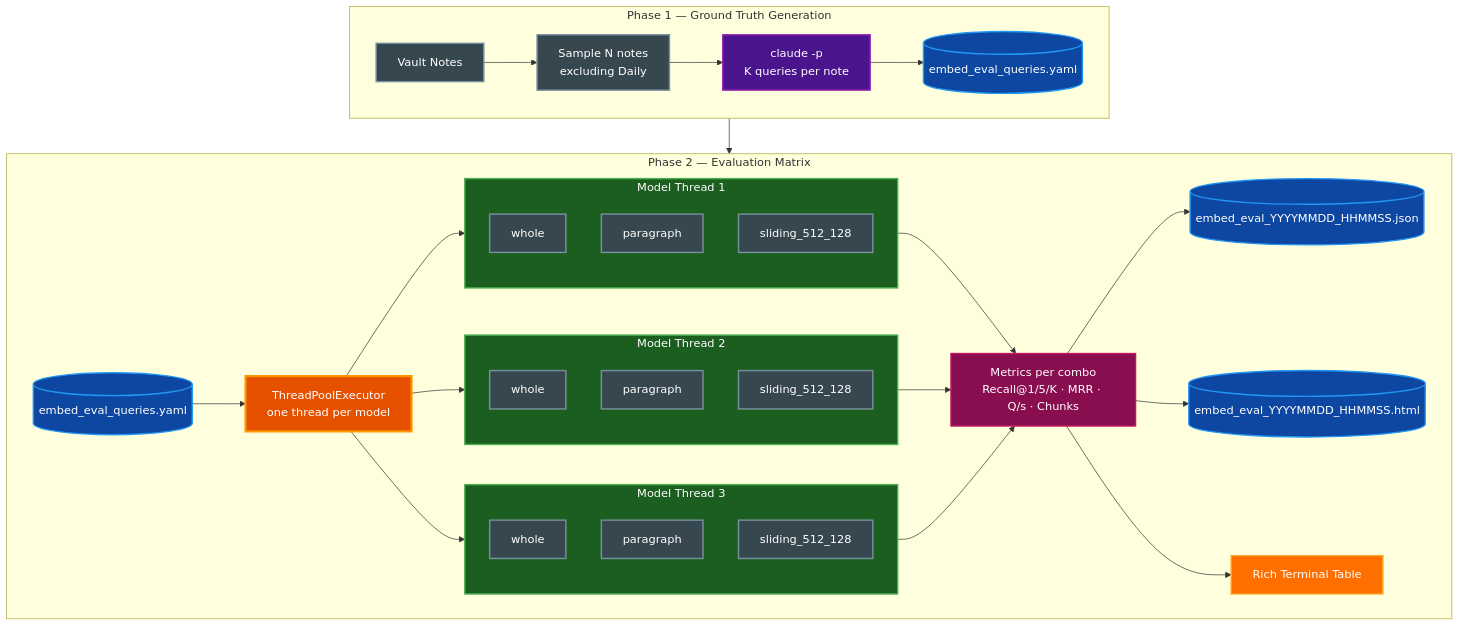
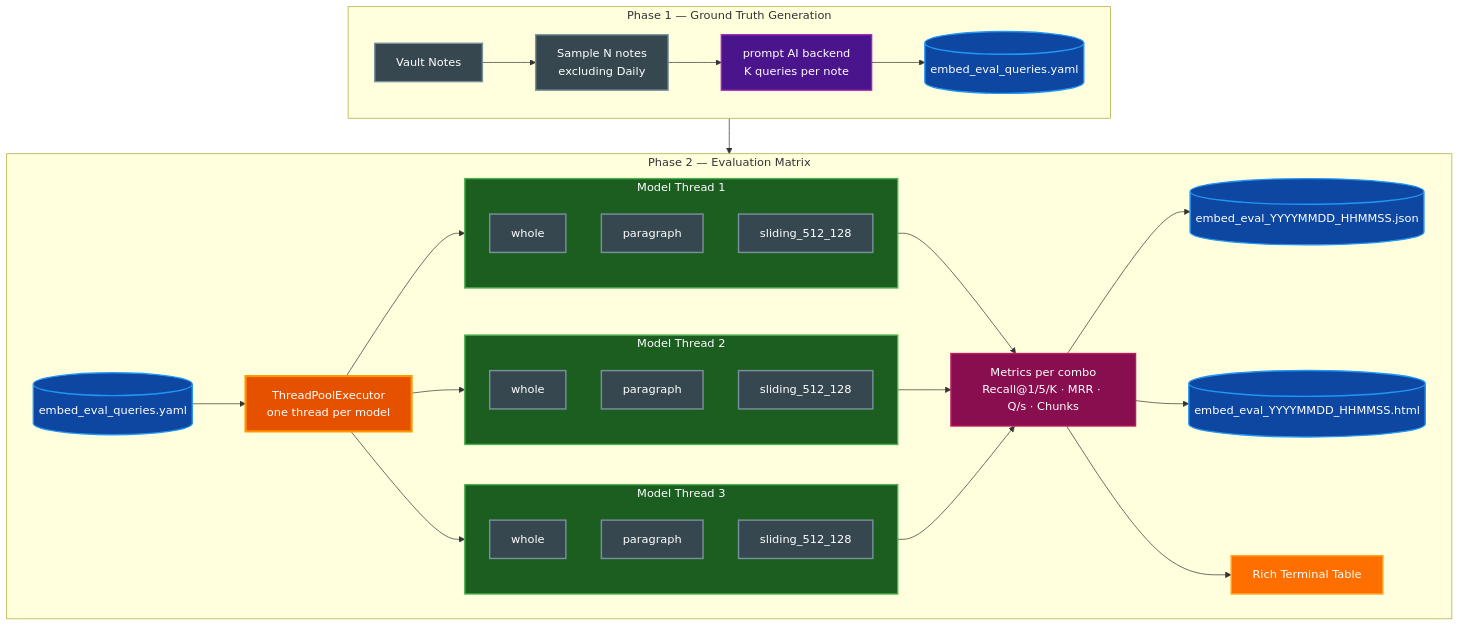
One commit to paulrobello/parsidion changed the first of 2 diagrams in docs/EMBEDDINGS_EVAL.md. Above: the diagram before and after it, drawn with Mermaid. The commit also changed other lines of this file and 11 other files, not shown here.

````diff
--- a/docs/EMBEDDINGS_EVAL.md
+++ b/docs/EMBEDDINGS_EVAL.md
@@ -70,73 +82,73 @@
 ```mermaid
 flowchart TD
     subgraph Phase1["Phase 1 — Ground Truth Generation"]
         VN[Vault Notes]
         SAMPLE[Sample N notes\nexcluding Daily]
-        CLAUDE[claude -p\nK queries per note]
+        CLAUDE[prompt AI backend\nK queries per note]
         YAML[(embed_eval_queries.yaml)]
 
         VN --> SAMPLE
         SAMPLE --> CLAUDE
         CLAUDE --> YAML
     end
 
     subgraph Phase2["Phase 2 — Evaluation Matrix"]
         YAML2[(embed_eval_queries.yaml)]
         TPE[ThreadPoolExecutor\none thread per model]
 
         subgraph M1["Model Thread 1"]
             M1W[whole]
             M1P[paragraph]
             M1S[sliding_512_128]
         end
 
         subgraph M2["Model Thread 2"]
             M2W[whole]
             M2P[paragraph]
             M2S[sliding_512_128]
         end
 
         subgraph M3["Model Thread 3"]
             M3W[whole]
             M3P[paragraph]
             M3S[sliding_512_128]
         end
 
         METRICS[Metrics per combo\nRecall@1/5/K · MRR · Q/s · Chunks]
         JSON[(embed_eval_YYYYMMDD_HHMMSS.json)]
         HTML[(embed_eval_YYYYMMDD_HHMMSS.html)]
         TABLE[Rich Terminal Table]
 
         YAML2 --> TPE
         TPE --> M1 & M2 & M3
         M1 & M2 & M3 --> METRICS
         METRICS --> JSON
         METRICS --> HTML
         METRICS --> TABLE
     end
 
     Phase1 --> Phase2
 
     style VN fill:#37474f,stroke:#78909c,stroke-width:2px,color:#ffffff
     style SAMPLE fill:#37474f,stroke:#78909c,stroke-width:2px,color:#ffffff
     style CLAUDE fill:#4a148c,stroke:#9c27b0,stroke-width:2px,color:#ffffff
     style YAML fill:#0d47a1,stroke:#2196f3,stroke-width:2px,color:#ffffff
     style YAML2 fill:#0d47a1,stroke:#2196f3,stroke-width:2px,color:#ffffff
     style TPE fill:#e65100,stroke:#ff9800,stroke-width:3px,color:#ffffff
     style M1 fill:#1b5e20,stroke:#4caf50,stroke-width:2px,color:#ffffff
     style M2 fill:#1b5e20,stroke:#4caf50,stroke-width:2px,color:#ffffff
     style M3 fill:#1b5e20,stroke:#4caf50,stroke-width:2px,color:#ffffff
     style M1W fill:#37474f,stroke:#78909c,stroke-width:2px,color:#ffffff
     style M1P fill:#37474f,stroke:#78909c,stroke-width:2px,color:#ffffff
     style M1S fill:#37474f,stroke:#78909c,stroke-width:2px,color:#ffffff
     style M2W fill:#37474f,stroke:#78909c,stroke-width:2px,color:#ffffff
     style M2P fill:#37474f,stroke:#78909c,stroke-width:2px,color:#ffffff
     style M2S fill:#37474f,stroke:#78909c,stroke-width:2px,color:#ffffff
     style M3W fill:#37474f,stroke:#78909c,stroke-width:2px,color:#ffffff
     style M3P fill:#37474f,stroke:#78909c,stroke-width:2px,color:#ffffff
     style M3S fill:#37474f,stroke:#78909c,stroke-width:2px,color:#ffffff
     style METRICS fill:#880e4f,stroke:#c2185b,stroke-width:2px,color:#ffffff
     style JSON fill:#0d47a1,stroke:#2196f3,stroke-width:2px,color:#ffffff
     style HTML fill:#0d47a1,stroke:#2196f3,stroke-width:2px,color:#ffffff
     style TABLE fill:#ff6f00,stroke:#ffa726,stroke-width:2px,color:#ffffff
 ```
````
